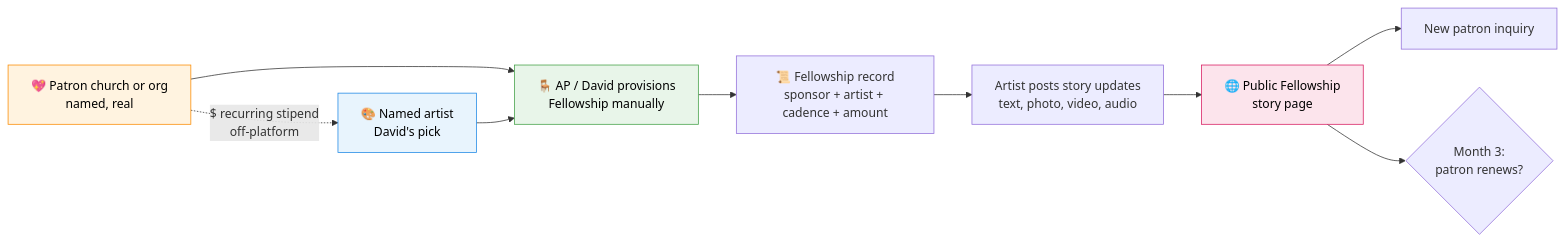
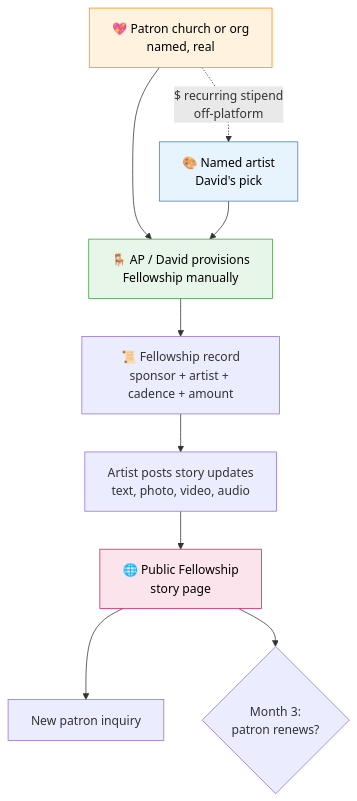
Before and after one commit to rockodragon/wonderwall: the first of 7 diagrams in docs/the-exchange-mvp.md, drawn with Mermaid. The commit also changed other lines of this file and 1 other file, not shown here.

Commit message:
Simplify revenue model to "10% of everything"; fix mermaid % bug
Vision doc v0.8 rebuilds the revenue model with one headline rate
(10% of all money flowing through, processing included) plus two
supporting structures: one-time setup investment ($2.5k-$5k) and
custom Founding Patron partnerships ($10k+/yr, by invitation). Drops
the tiered subscriptions and Bronze/Silver/Gold packages that felt
gamey and tier-heavy for a faith-aligned audience. Adds explicit
"why we charge what we charge" framing and removes Monday-as-deadline
from Part 9.

MVP doc fixes the mermaid lexical error on the full-vision appendix
diagram — quoting "SaaS fee + transaction %" so the bare % character
no longer parses as a mermaid comment marker.

````diff
--- a/docs/the-exchange-mvp.md
+++ b/docs/the-exchange-mvp.md
@@ -41,21 +41,21 @@
 ```mermaid
-flowchart LR
+flowchart TD
     classDef artist fill:#E8F4FD,stroke:#1E88E5,color:#000
     classDef sponsor fill:#FFF3E0,stroke:#FB8C00,color:#000
     classDef tableop fill:#E8F5E9,stroke:#43A047,color:#000
     classDef public fill:#FCE4EC,stroke:#D81B60,color:#000
 
     PATRON[💖 Patron church or org<br/>named, real]:::sponsor
     ARTIST[🎨 Named artist<br/>David's pick]:::artist
     OP[🪑 AP / David provisions<br/>Fellowship manually]:::tableop
 
     PATRON --> OP
     ARTIST --> OP
     OP --> F[📜 Fellowship record<br/>sponsor + artist + cadence + amount]
     F --> STORY[Artist posts story updates<br/>text, photo, video, audio]
     STORY --> PUB[🌐 Public Fellowship<br/>story page]:::public
     PUB --> INBOUND[New patron inquiry]
     PUB --> RENEW{Month 3:<br/>patron renews?}
 
     PATRON -. "$ recurring stipend<br/>off-platform" .-> ARTIST
 ```
````
